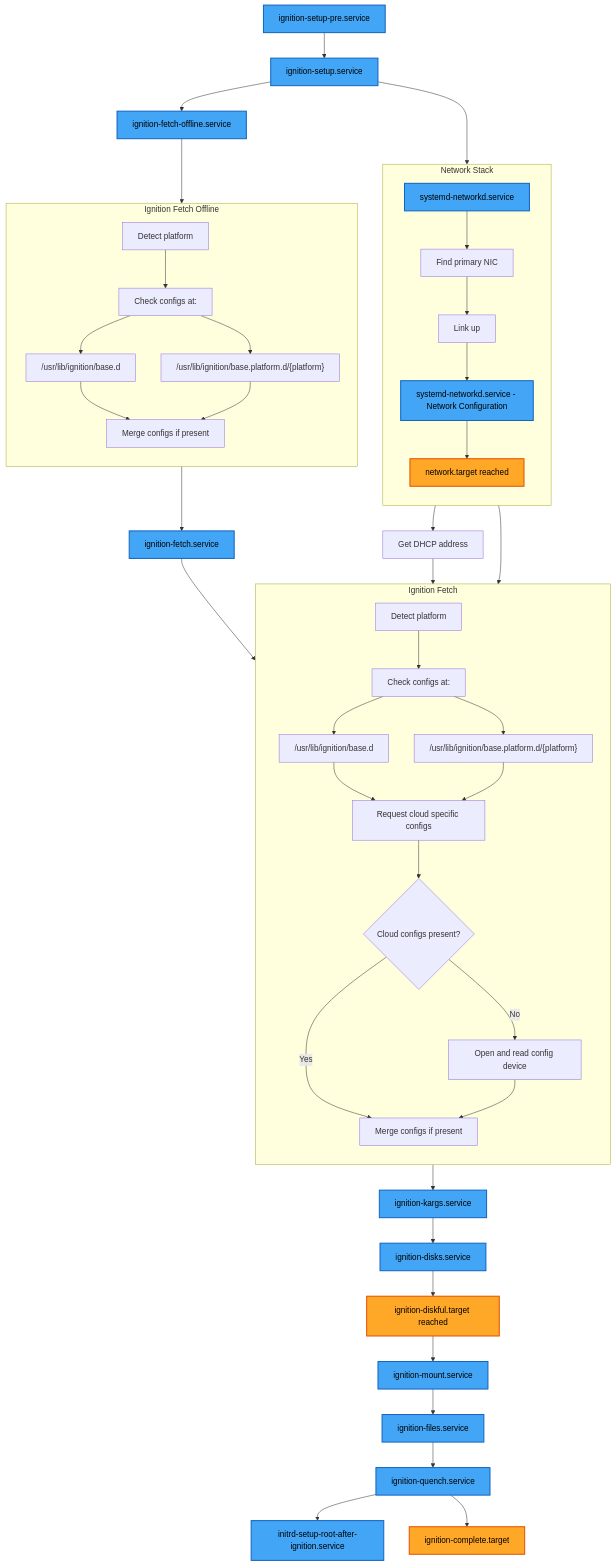
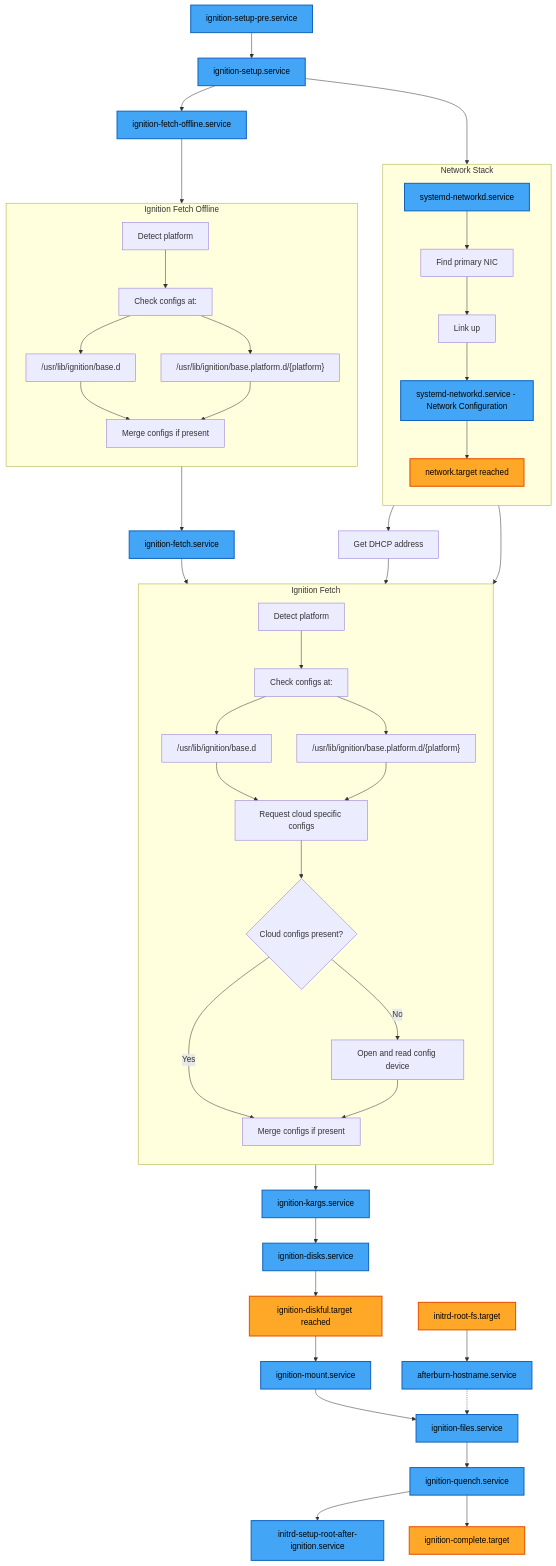
Before and after one commit to coreos/ignition: the diagram in docs/ignition-flow.md, drawn with Mermaid.

Commit message:
Add afterburn-hostname service

````diff
--- a/docs/ignition-flow.md
+++ b/docs/ignition-flow.md
@@ -68,8 +68,10 @@
     disks_service --> diskful_target["ignition-diskful.target reached"]
     diskful_target --> mount_service["ignition-mount.service"]
     
-    %% --- Files & Users ---
+    %% --- Files ---
     mount_service --> files_service["ignition-files.service"]
+    initrd_root_fs_target["initrd-root-fs.target"] --> afterburn_hostname_service["afterburn-hostname.service"]
+    afterburn_hostname_service -.-> files_service
     files_service --> quench_service["ignition-quench.service"]
     quench_service --> initrd_setup_root["initrd-setup-root-after-ignition.service"]
     quench_service --> complete_target["ignition-complete.target"]
@@ -78,6 +80,6 @@
     classDef service fill:#42a5f5,stroke:#1565c0,stroke-width:2px,color:#000
     classDef target fill:#ffa726,stroke:#e65100,stroke-width:2px,color:#000
     
-    class setup_pre,setup,fetch_offline,fetch_service,kargs_service,disks_service,mount_service,files_service,quench_service,initrd_setup_root,network_config,networkd_service service
-    class diskful_target,complete_target,network_target target
+    class setup_pre,setup,fetch_offline,fetch_service,kargs_service,disks_service,mount_service,files_service,quench_service,initrd_setup_root,network_config,networkd_service,afterburn_hostname_service service
+    class diskful_target,complete_target,network_target,initrd_root_fs_target target
 ```
````
